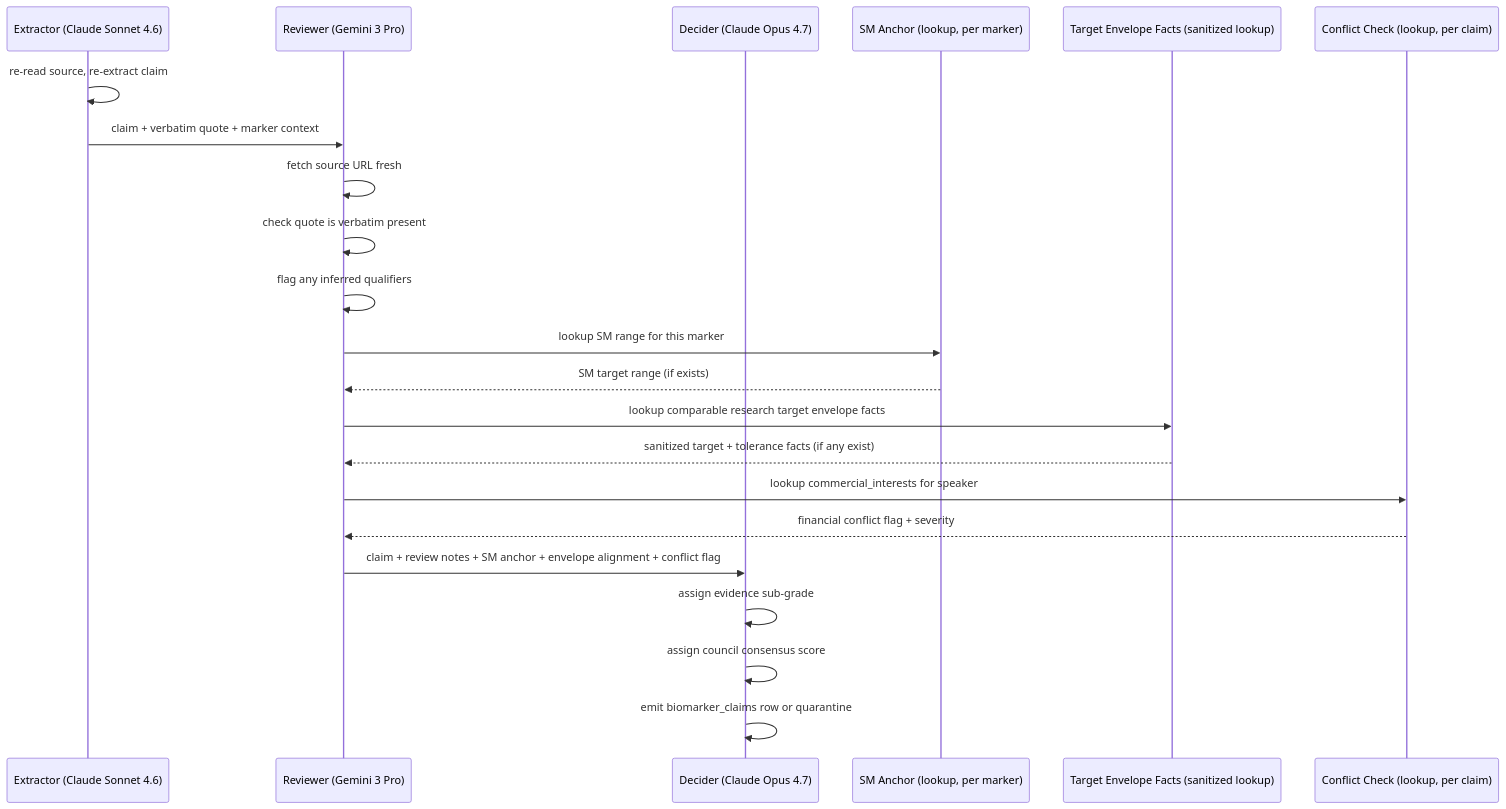
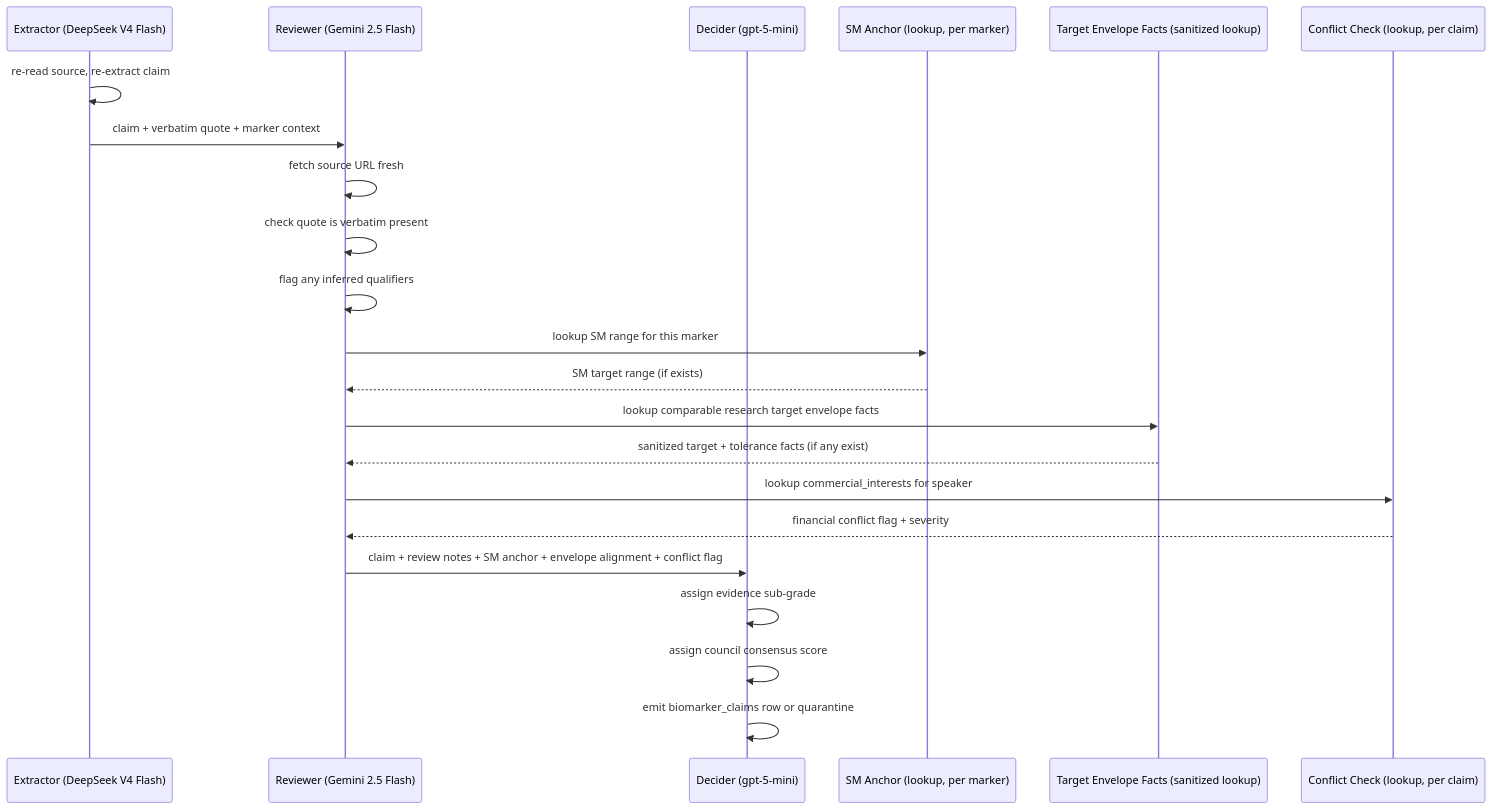
Before and after one commit to zolcal/metabolicum-agentic-research: the diagram in docs/agentic-workflow/05-validation-council.md, drawn with Mermaid. The commit also changed other lines of this file and 20 other files, not shown here.

````diff
--- a/docs/agentic-workflow/05-validation-council.md
+++ b/docs/agentic-workflow/05-validation-council.md
@@ -9,25 +9,25 @@
 ```mermaid
 sequenceDiagram
-    participant Ext as Extractor (Claude Sonnet 4.6)
-    participant Rev as Reviewer (Gemini 3 Pro)
-    participant Dec as Decider (Claude Opus 4.7)
+    participant Ext as Extractor (DeepSeek V4 Flash)
+    participant Rev as Reviewer (Gemini 2.5 Flash)
+    participant Dec as Decider (gpt-5-mini)
     participant Anc as SM Anchor (lookup, per marker)
     participant Env as Target Envelope Facts (sanitized lookup)
     participant Conf as Conflict Check (lookup, per claim)
     
     Ext->>Ext: re-read source, re-extract claim
     Ext->>Rev: claim + verbatim quote + marker context
     Rev->>Rev: fetch source URL fresh
     Rev->>Rev: check quote is verbatim present
     Rev->>Rev: flag any inferred qualifiers
     Rev->>Anc: lookup SM range for this marker
     Anc-->>Rev: SM target range (if exists)
     Rev->>Env: lookup comparable research target envelope facts
     Env-->>Rev: sanitized target + tolerance facts (if any exist)
     Rev->>Conf: lookup commercial_interests for speaker
     Conf-->>Rev: financial conflict flag + severity
     Rev->>Dec: claim + review notes + SM anchor + envelope alignment + conflict flag
     Dec->>Dec: assign evidence sub-grade
     Dec->>Dec: assign council consensus score
     Dec->>Dec: emit biomarker_claims row or quarantine
 ```
````
